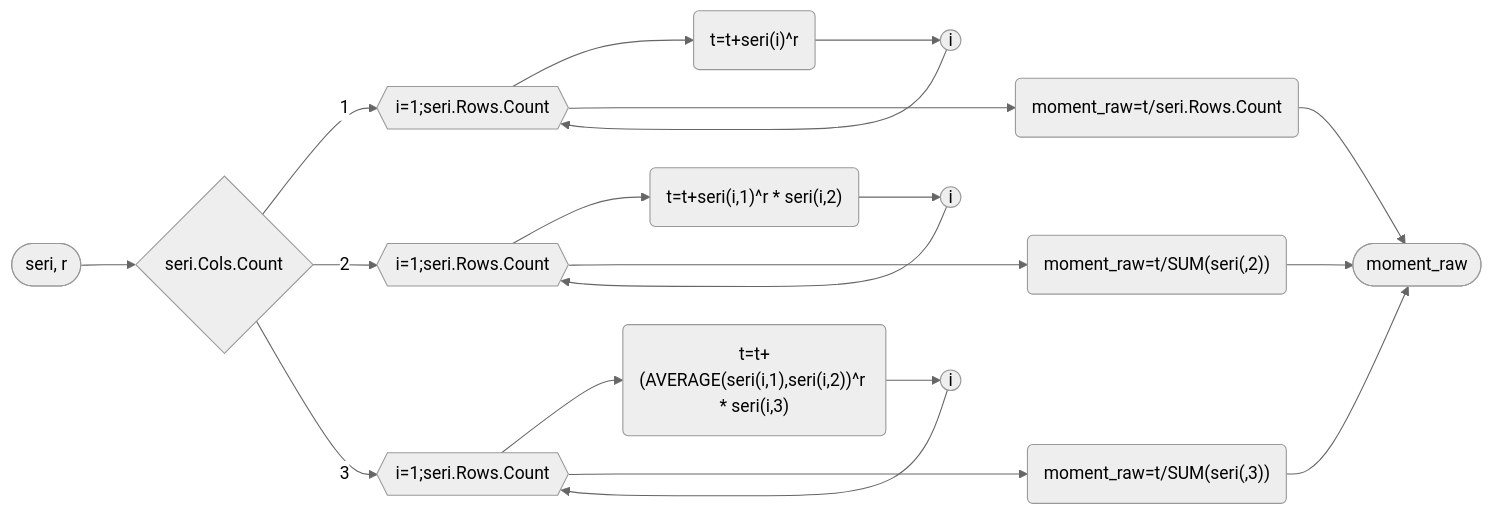
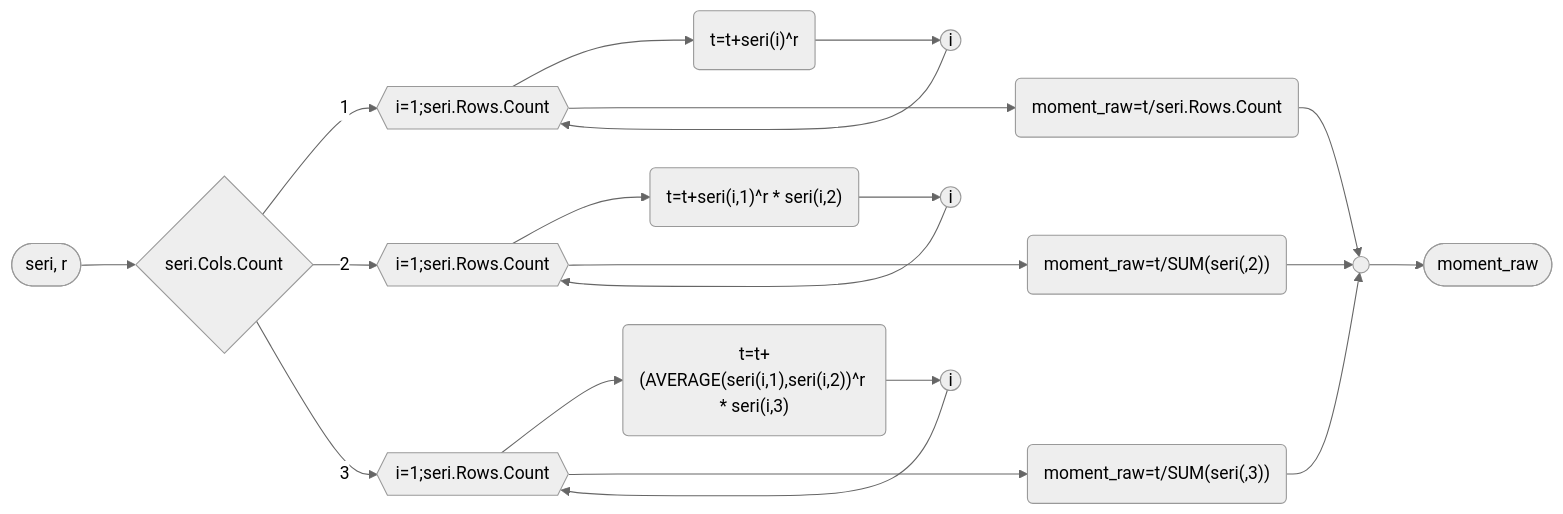
Before and after one commit to lterlemez/Excel-VBA--statistik: the diagram in VBA_Statistics/README.md, drawn with Mermaid (neutral theme).

Commit message:
Content Update README.md

````diff
--- a/VBA_Statistics/README.md
+++ b/VBA_Statistics/README.md
@@ -50,17 +50,17 @@
 ```mermaid
 flowchart LR
 A([seri, r]) --> B
 B{seri.Cols.Count}
 B--1--> E{{"i=1;seri.Rows.Count"}}
 E-->F("t=t+seri(i)^r")-->G((i)) 
 G-->E
-E---->H("moment_raw=t/seri.Rows.Count")-->J([moment_raw])
+E---->H("moment_raw=t/seri.Rows.Count")-->Z((" "))
 B--2-->K{{"i=1;seri.Rows.Count"}}
 K-->M("t=t+seri(i,1)^r * seri(i,2)")-->N((i))
 N-->K
-K---->O("moment_raw=t/SUM(seri(,2))")-->J([moment_raw])
+K---->O("moment_raw=t/SUM(seri(,2))")-->Z((" "))-->J([moment_raw])
 B--3-->L{{"i=1;seri.Rows.Count"}}
 L-->P("t=t+(AVERAGE(seri(i,1),seri(i,2))^r * seri(i,3)")-->Q((i))
 Q-->L
-L---->R("moment_raw=t/SUM(seri(,3))")-->J([moment_raw])
+L---->R("moment_raw=t/SUM(seri(,3))")-->Z((" "))
 ```
````
